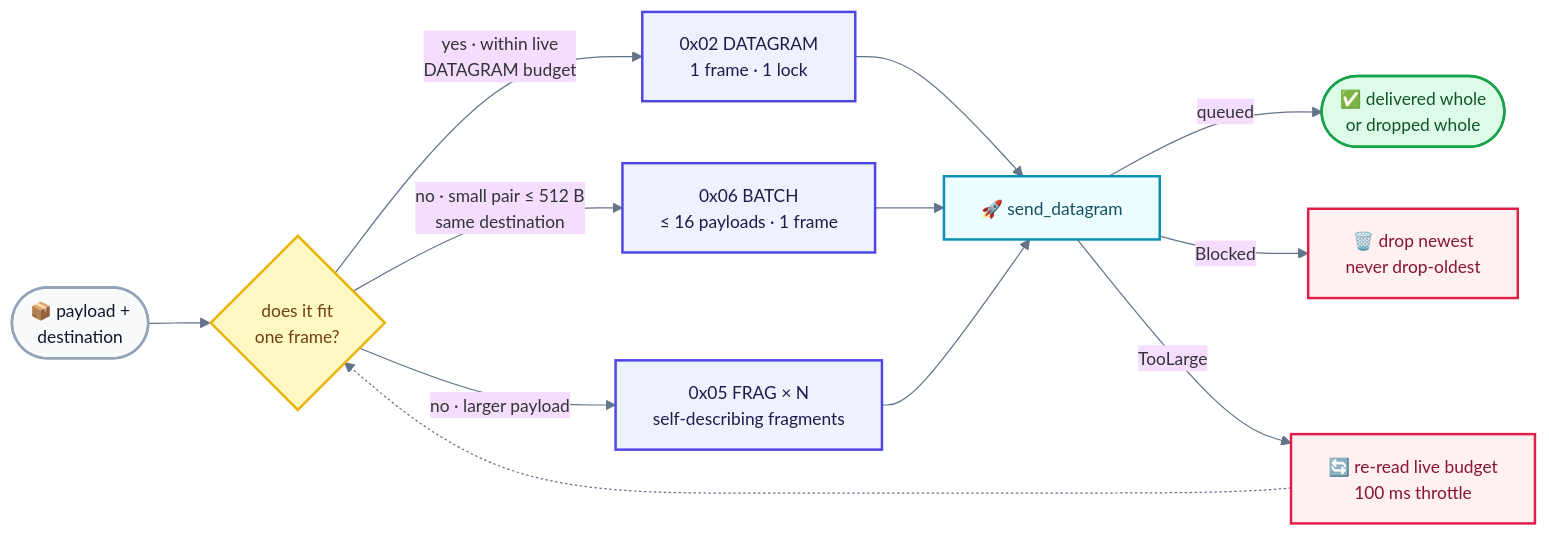
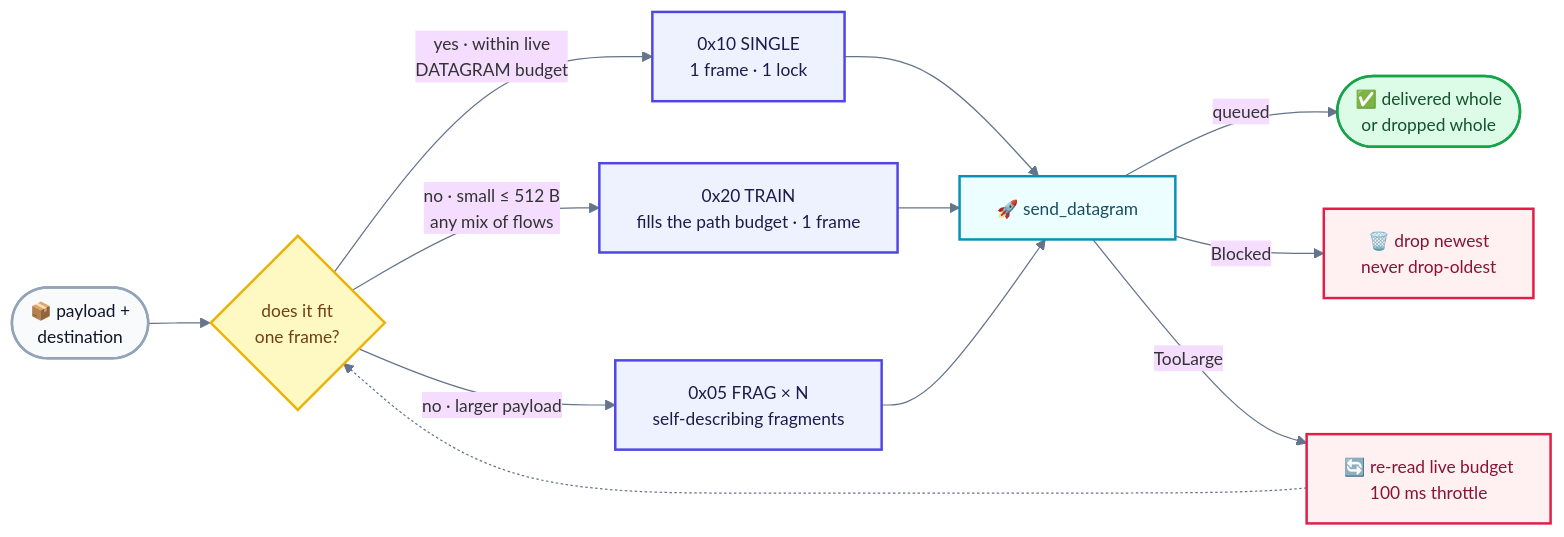
Before and after one commit to Terutoki/MyQUIC2: the sixth of 8 diagrams in README.md, drawn with Mermaid. The commit also changed other lines of this file and 16 other files, not shown here.

````diff
--- a/README.md
+++ b/README.md
@@ -316,26 +316,26 @@
 ```mermaid
 %%{init: {"theme":"base","themeVariables":{"fontSize":"14px","lineColor":"#64748b"}}}%%
 flowchart LR
     P(["📦 payload +<br/>destination"]) --> Q{"does it fit<br/>one frame?"}
-    Q -->|"yes · within live<br/>DATAGRAM budget"| S["0x02 DATAGRAM<br/>1 frame · 1 lock"]
-    Q -->|"no · small pair ≤ 512 B<br/>same destination"| B["0x06 BATCH<br/>≤ 16 payloads · 1 frame"]
+    Q -->|"yes · within live<br/>DATAGRAM budget"| S["0x10 SINGLE<br/>1 frame · 1 lock"]
+    Q -->|"no · small ≤ 512 B<br/>any mix of flows"| B["0x20 TRAIN<br/>fills the path budget · 1 frame"]
     Q -->|"no · larger payload"| F["0x05 FRAG × N<br/>self-describing fragments"]
     S --> SEND["🚀 send_datagram"]
     B --> SEND
     F --> SEND
     SEND -->|"queued"| OK(["✅ delivered whole<br/>or dropped whole"])
     SEND -->|"Blocked"| DROP["🗑️ drop newest<br/>never drop-oldest"]
     SEND -->|"TooLarge"| RE["🔄 re-read live budget<br/>100 ms throttle"]
     RE -.-> Q
     style P fill:#f8fafc,stroke:#94a3b8,stroke-width:2px,color:#0f172a
     classDef decision fill:#fef9c3,stroke:#eab308,stroke-width:2px,color:#713f12
     classDef frame fill:#eef2ff,stroke:#4f46e5,stroke-width:2px,color:#1e1b4b
     classDef send fill:#ecfeff,stroke:#0891b2,stroke-width:2px,color:#164e63
     classDef ok fill:#dcfce7,stroke:#16a34a,stroke-width:2px,color:#14532d
     classDef warn fill:#fff1f2,stroke:#e11d48,stroke-width:2px,color:#881337
     class Q decision
     class S,B,F frame
     class SEND send
     class OK ok
     class DROP,RE warn
 ```
````
